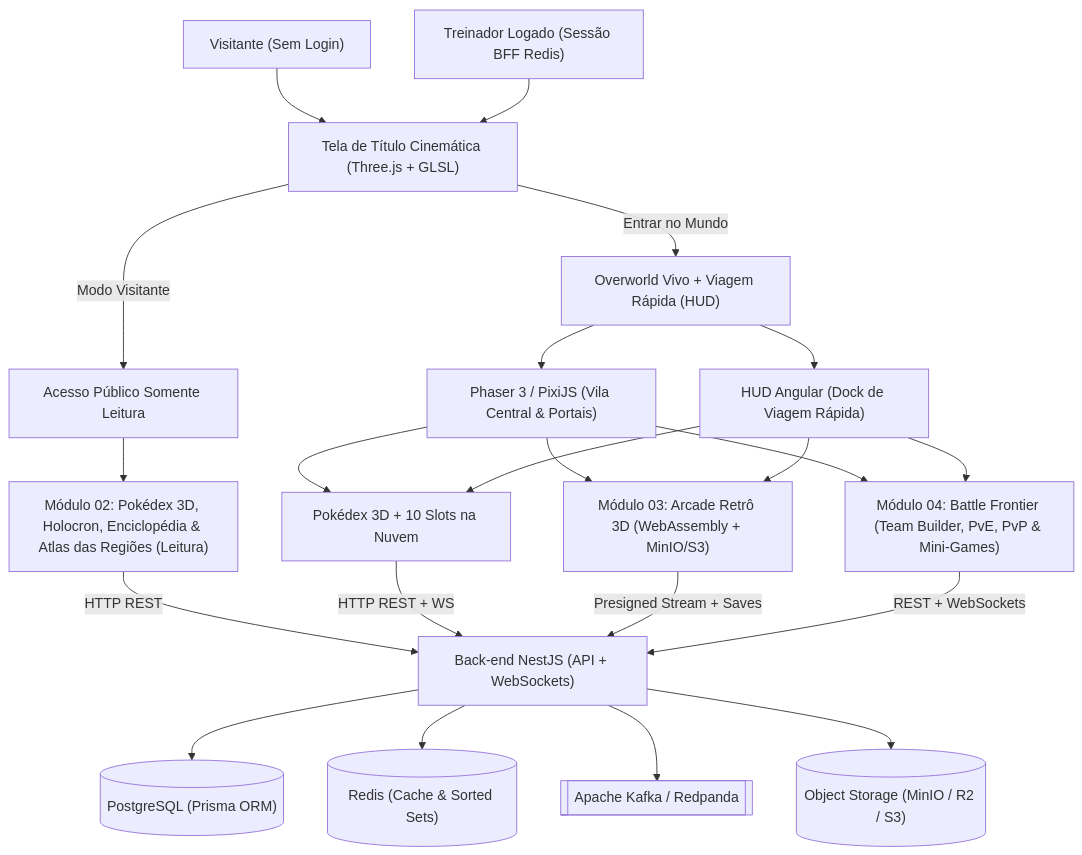
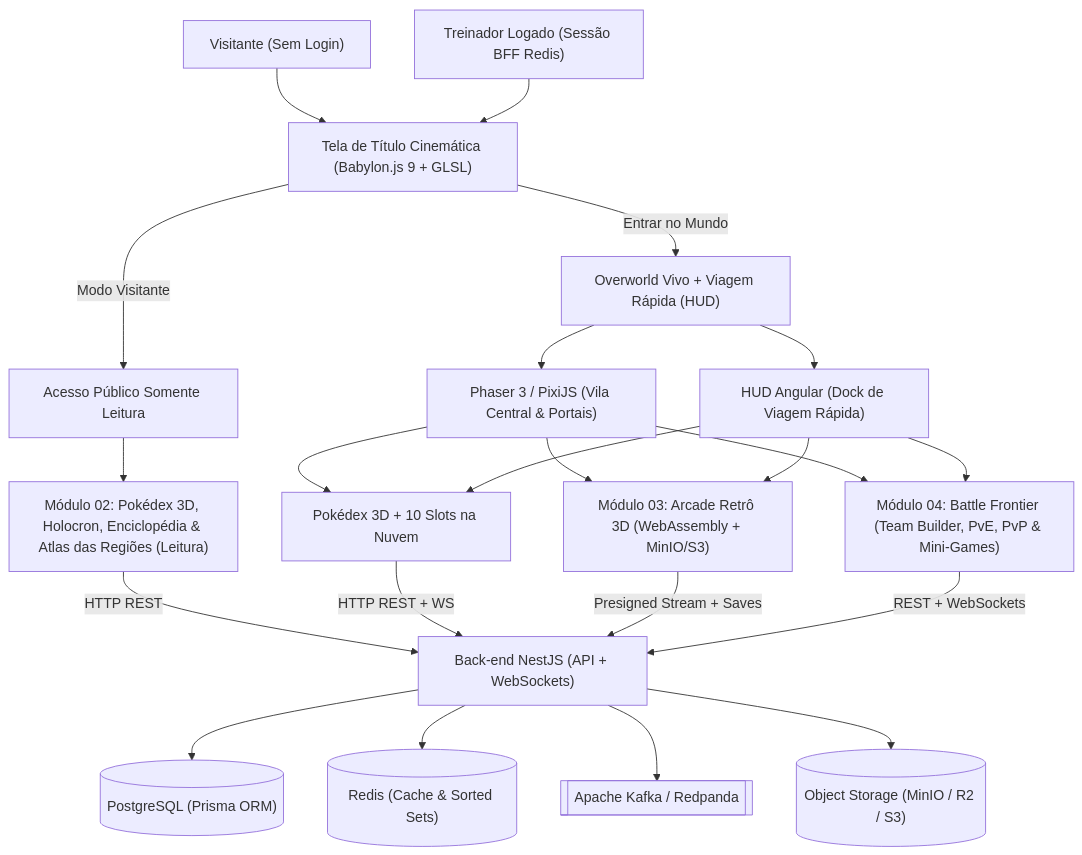
One commit to Digooow/pokedex-frontend changed the diagram in docs/00-visao-geral-e-roadmap.md. Above: the diagram before and after it, drawn with Mermaid. The commit also changed other lines of this file and 62 other files, not shown here.

````diff
--- a/docs/00-visao-geral-e-roadmap.md
+++ b/docs/00-visao-geral-e-roadmap.md
@@ -17,31 +17,31 @@
 ```mermaid
 flowchart TB
-  Visitor["Visitante (Sem Login)"] --> Title["Tela de Título Cinemática (Three.js + GLSL)"]
+  Visitor["Visitante (Sem Login)"] --> Title["Tela de Título Cinemática (Babylon.js 9 + GLSL)"]
   Trainer["Treinador Logado (Sessão BFF Redis)"] --> Title
 
   Title -->|"Modo Visitante"| PublicAccess["Acesso Público Somente Leitura"]
   Title -->|"Entrar no Mundo"| AuthAccess["Overworld Vivo + Viagem Rápida (HUD)"]
 
   PublicAccess --> DexMod["Módulo 02: Pokédex 3D, Holocron, Enciclopédia & Atlas das Regiões (Leitura)"]
 
   AuthAccess --> Overworld["Phaser 3 / PixiJS (Vila Central & Portais)"]
   AuthAccess --> QuickTravel["HUD Angular (Dock de Viagem Rápida)"]
 
   Overworld --> DexModCloud["Pokédex 3D + 10 Slots na Nuvem"]
   Overworld --> ArcadeMod["Módulo 03: Arcade Retrô 3D (WebAssembly + MinIO/S3)"]
   Overworld --> ArenaMod["Módulo 04: Battle Frontier (Team Builder, PvE, PvP & Mini-Games)"]
 
   QuickTravel --> DexModCloud
   QuickTravel --> ArcadeMod
   QuickTravel --> ArenaMod
 
   DexMod -->|"HTTP REST"| NestAPI["Back-end NestJS (API + WebSockets)"]
   DexModCloud -->|"HTTP REST + WS"| NestAPI
   ArcadeMod -->|"Presigned Stream + Saves"| NestAPI
   ArenaMod -->|"REST + WebSockets"| NestAPI
 
   NestAPI --> PG[("PostgreSQL (Prisma ORM)")]
   NestAPI --> RD[("Redis (Cache & Sorted Sets)")]
   NestAPI --> Kafka[["Apache Kafka / Redpanda"]]
   NestAPI --> S3[("Object Storage (MinIO / R2 / S3)")]
 ```
````
